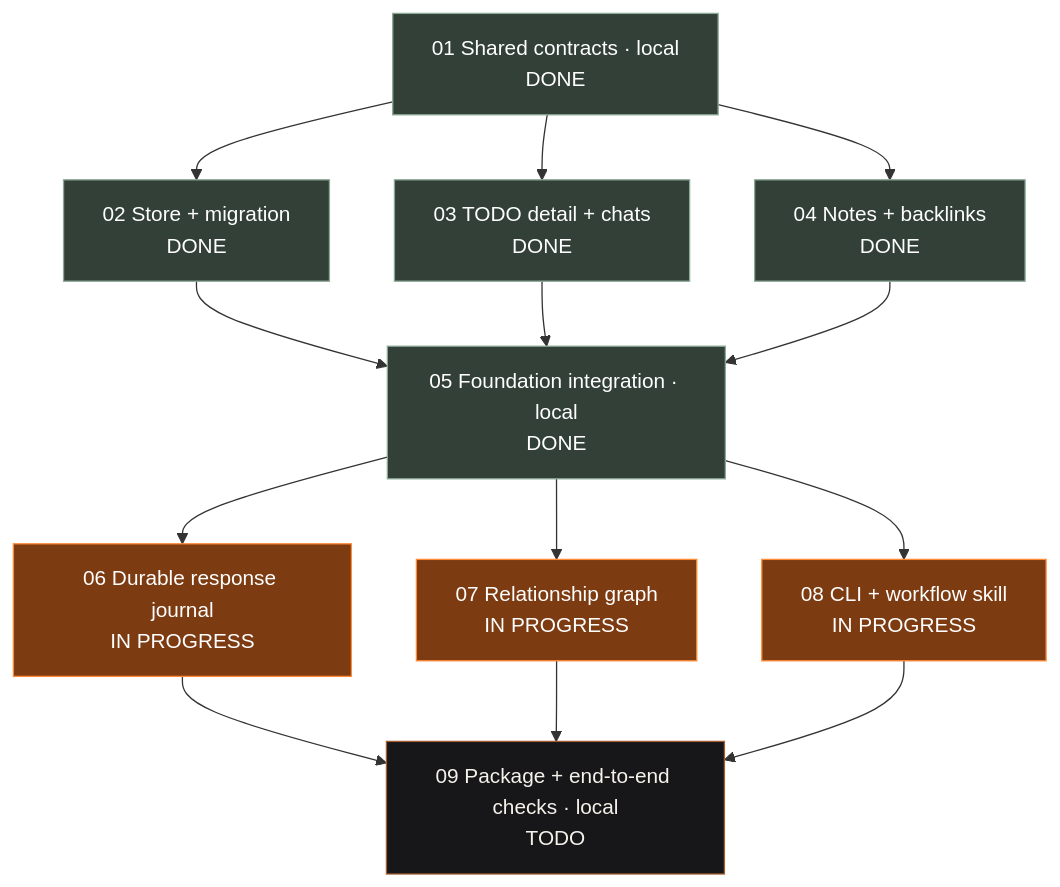
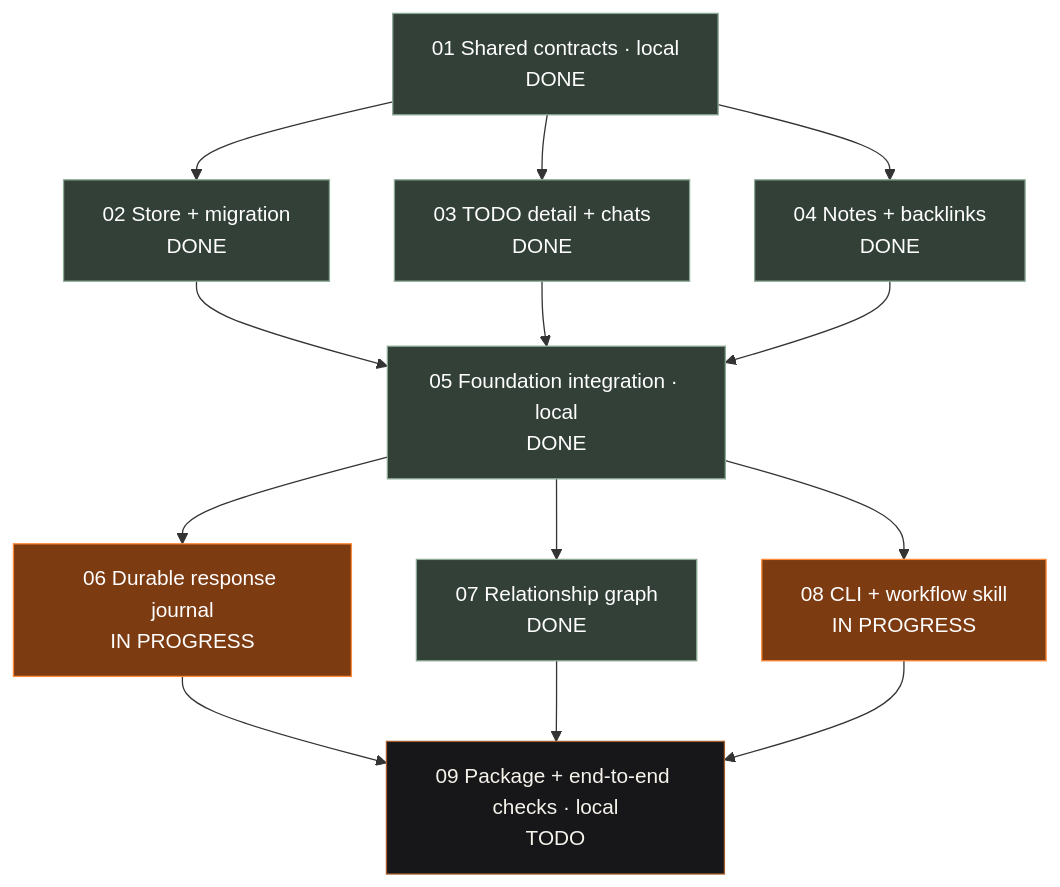
One commit to vatsalsaglani/Cider changed the diagram in docs/plans/linked-work/00-overview.md. Above: the diagram before and after it, drawn with Mermaid. The commit also changed other lines of this file and 1 other file, not shown here.

Commit message:
Record verified graph integration

````diff
--- a/docs/plans/linked-work/00-overview.md
+++ b/docs/plans/linked-work/00-overview.md
@@ -38,27 +38,27 @@
 ```mermaid
 flowchart TD
     P01["01 Shared contracts · local<br/>DONE"]:::done
     P02["02 Store + migration<br/>DONE"]:::done
     P03["03 TODO detail + chats<br/>DONE"]:::done
     P04["04 Notes + backlinks<br/>DONE"]:::done
     P05["05 Foundation integration · local<br/>DONE"]:::done
     P06["06 Durable response journal<br/>IN PROGRESS"]:::inprogress
-    P07["07 Relationship graph<br/>IN PROGRESS"]:::inprogress
+    P07["07 Relationship graph<br/>DONE"]:::done
     P08["08 CLI + workflow skill<br/>IN PROGRESS"]:::inprogress
     P09["09 Package + end-to-end checks · local<br/>TODO"]:::todo
     P01 --> P02
     P01 --> P03
     P01 --> P04
     P02 --> P05
     P03 --> P05
     P04 --> P05
     P05 --> P06
     P05 --> P07
     P05 --> P08
     P06 --> P09
     P07 --> P09
     P08 --> P09
     classDef todo fill:#171719,color:#f5f2eb,stroke:#a45d2e
     classDef inprogress fill:#7d3b12,color:#fff,stroke:#ff8b38
     classDef done fill:#324038,color:#fff,stroke:#8ca996
 ```
````
